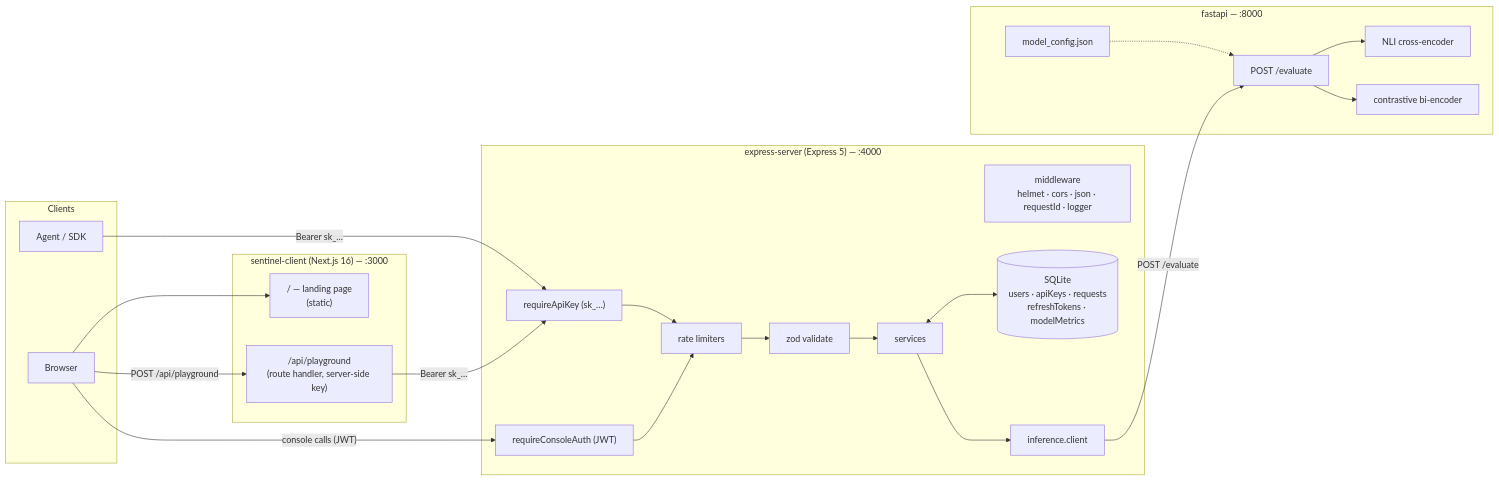
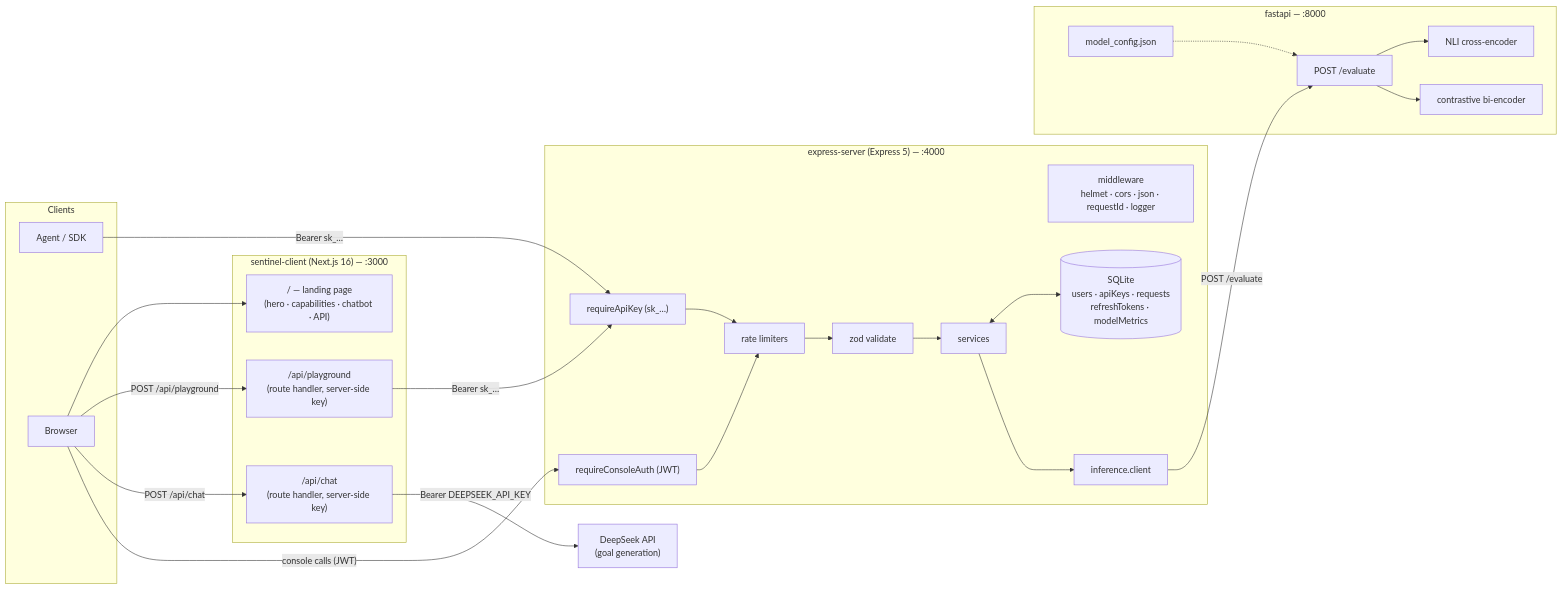
One commit to MyselLDM/sentinel-tool changed the first of 6 diagrams in ARCHITECTURE.md. Above: the diagram before and after it, drawn with Mermaid. The commit also changed other lines of this file, not shown here.

Commit message:
master: ARCHITECTURE.md update

````diff
--- a/ARCHITECTURE.md
+++ b/ARCHITECTURE.md
@@ -77,45 +77,50 @@
 ```mermaid
 flowchart LR
   subgraph clients["Clients"]
     AG["Agent / SDK"]
     BR["Browser"]
   end
 
   subgraph next["sentinel-client (Next.js 16) — :3000"]
-    LAND["/ — landing page<br/>(static)"]
+    LAND["/ — landing page<br/>(hero · capabilities · chatbot · API)"]
     PGROUTE["/api/playground<br/>(route handler, server-side key)"]
+    CHAT["/api/chat<br/>(route handler, server-side key)"]
   end
+
+  DS["DeepSeek API<br/>(goal generation)"]
 
   subgraph gw["express-server (Express 5) — :4000"]
     MW["middleware<br/>helmet · cors · json · requestId · logger"]
     AUTHZ["requireConsoleAuth (JWT)"]
     APIKEY["requireApiKey (sk_…)"]
     RATE["rate limiters"]
     VAL["zod validate"]
     SVC["services"]
     STORE[("SQLite<br/>users · apiKeys · requests<br/>refreshTokens · modelMetrics")]
     INF["inference.client"]
   end
 
   subgraph inf["fastapi — :8000"]
     EVAL["POST /evaluate"]
     NLI["NLI cross-encoder"]
     CON["contrastive bi-encoder"]
     CFG["model_config.json"]
   end
 
   BR --> LAND
   BR -->|"POST /api/playground"| PGROUTE
+  BR -->|"POST /api/chat"| CHAT
+  CHAT -->|"Bearer DEEPSEEK_API_KEY"| DS
   PGROUTE -->|"Bearer sk_…"| APIKEY
   AG -->|"Bearer sk_…"| APIKEY
   BR -->|"console calls (JWT)"| AUTHZ
 
   APIKEY --> RATE --> VAL --> SVC
   AUTHZ --> RATE
   SVC <--> STORE
   SVC --> INF
   INF -->|"POST /evaluate"| EVAL
   EVAL --> NLI
   EVAL --> CON
   CFG -.-> EVAL
 ```
````
